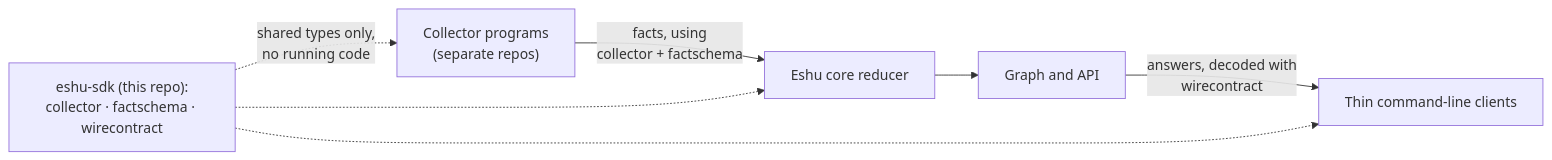
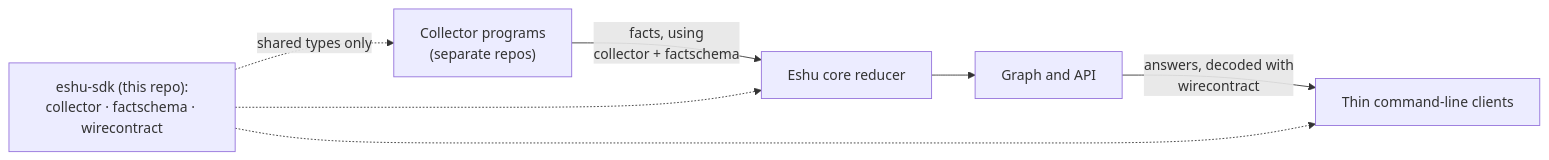
Before and after one commit to eshu-hq/eshu-sdk: the diagram in README.md, drawn with Mermaid. The commit also changed other lines of this file and 12 other files, not shown here.

````diff
--- a/README.md
+++ b/README.md
@@ -29,9 +17,9 @@
 ```mermaid
 flowchart LR
     C["Collector programs<br/>(separate repos)"] -->|"facts, using<br/>collector + factschema"| R["Eshu core reducer"]
     R --> G["Graph and API"]
     G -->|"answers, decoded with<br/>wirecontract"| CLI["Thin command-line clients"]
-    SDK["eshu-sdk (this repo):<br/>collector · factschema · wirecontract"] -.->|"shared types only,<br/>no running code"| C
+    SDK["eshu-sdk (this repo):<br/>collector · factschema · wirecontract"] -.->|"shared types only"| C
     SDK -.-> R
     SDK -.-> CLI
 ```
````
